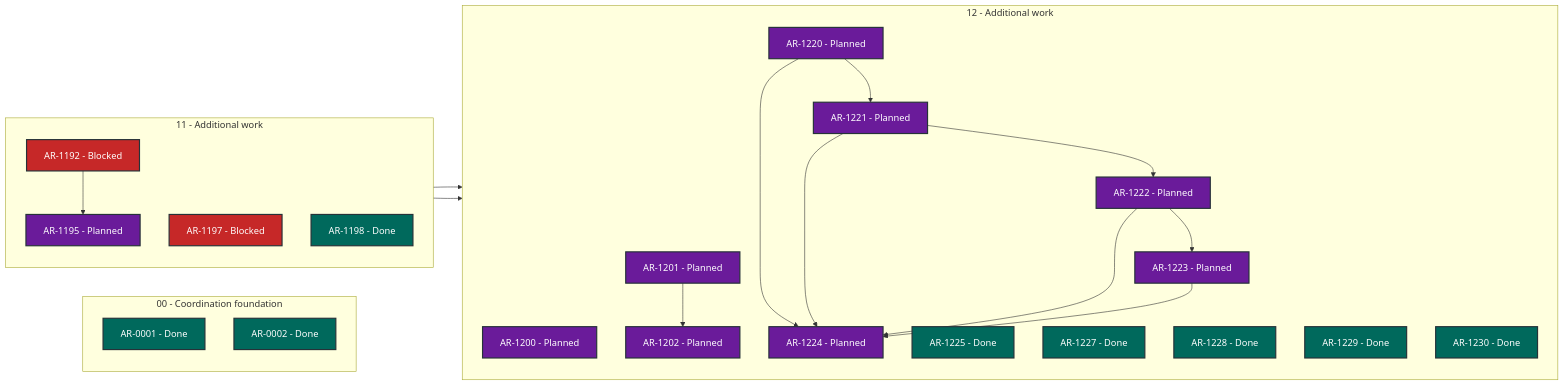
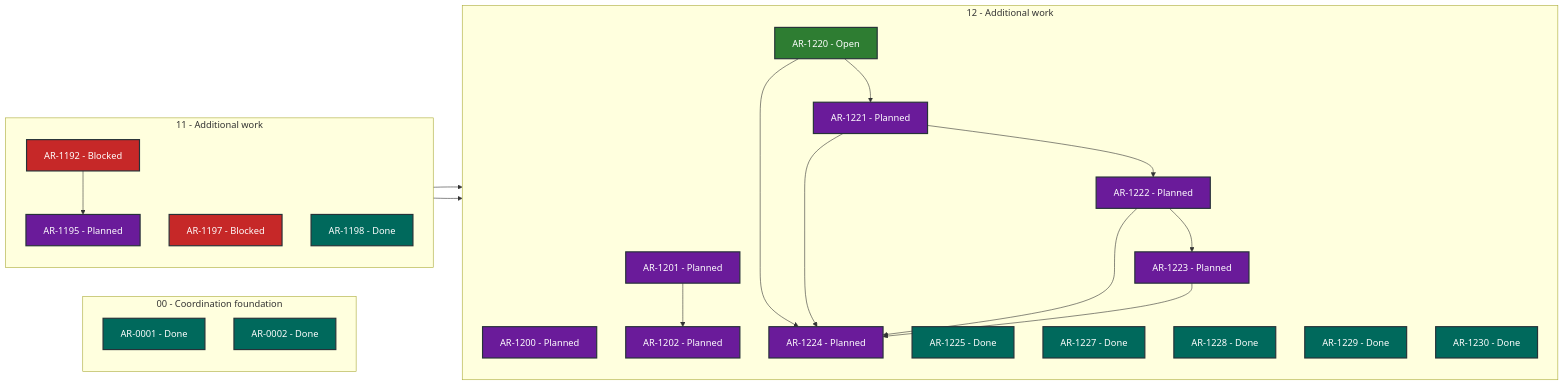
One commit to martin-beck/asb-tui-state changed the diagram in STATUS.md. Above: the diagram before and after it, drawn with Mermaid. The commit also changed other lines of this file and 2 other files, not shown here.

````diff
--- a/STATUS.md
+++ b/STATUS.md
@@ -27,50 +27,50 @@
 ```mermaid
 flowchart LR
     subgraph series_00["00 - Coordination foundation"]
         direction TB
         AR_0001["AR-0001 - Done"]:::status_done
         AR_0002["AR-0002 - Done"]:::status_done
     end
     subgraph series_11["11 - Additional work"]
         direction TB
         AR_1192["AR-1192 - Blocked"]:::status_blocked
         AR_1195["AR-1195 - Planned"]:::status_planned
         AR_1197["AR-1197 - Blocked"]:::status_blocked
         AR_1198["AR-1198 - Done"]:::status_done
     end
     subgraph series_12["12 - Additional work"]
         direction TB
         AR_1200["AR-1200 - Planned"]:::status_planned
         AR_1201["AR-1201 - Planned"]:::status_planned
         AR_1202["AR-1202 - Planned"]:::status_planned
-        AR_1220["AR-1220 - Planned"]:::status_planned
+        AR_1220["AR-1220 - Open"]:::status_open
         AR_1221["AR-1221 - Planned"]:::status_planned
         AR_1222["AR-1222 - Planned"]:::status_planned
         AR_1223["AR-1223 - Planned"]:::status_planned
         AR_1224["AR-1224 - Planned"]:::status_planned
         AR_1225["AR-1225 - Done"]:::status_done
         AR_1227["AR-1227 - Done"]:::status_done
         AR_1228["AR-1228 - Done"]:::status_done
         AR_1229["AR-1229 - Done"]:::status_done
         AR_1230["AR-1230 - Done"]:::status_done
     end
     AR_1192 --> AR_1195
     AR_1195 --> AR_1200
     AR_1197 --> AR_1201
     AR_1201 --> AR_1202
     AR_1220 --> AR_1221
     AR_1220 --> AR_1224
     AR_1221 --> AR_1222
     AR_1221 --> AR_1224
     AR_1222 --> AR_1223
     AR_1222 --> AR_1224
     AR_1223 --> AR_1224
     classDef status_in_progress fill:#1565c0,color:#ffffff,stroke:#263238,stroke-width:2px
     classDef status_open fill:#2e7d32,color:#ffffff,stroke:#263238,stroke-width:2px
     classDef status_blocked fill:#c62828,color:#ffffff,stroke:#263238,stroke-width:2px
     classDef status_planned fill:#6a1b9a,color:#ffffff,stroke:#263238,stroke-width:2px
     classDef status_future fill:#455a64,color:#ffffff,stroke:#263238,stroke-width:2px
     classDef status_done fill:#00695c,color:#ffffff,stroke:#263238,stroke-width:2px
     classDef status_cancelled fill:#616161,color:#ffffff,stroke:#263238,stroke-width:2px
     classDef status_superseded fill:#5d4037,color:#ffffff,stroke:#263238,stroke-width:2px
 ```
````
